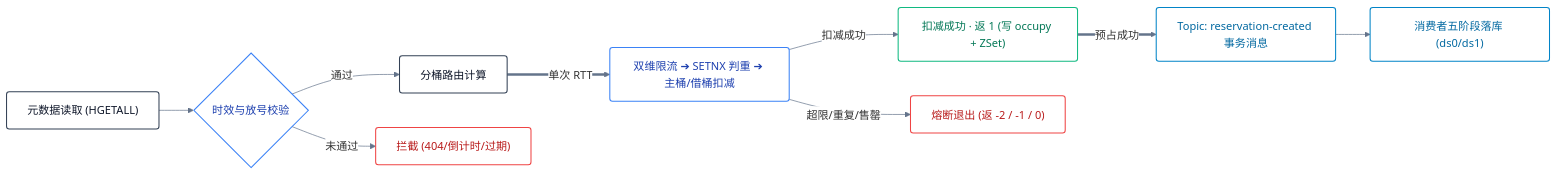
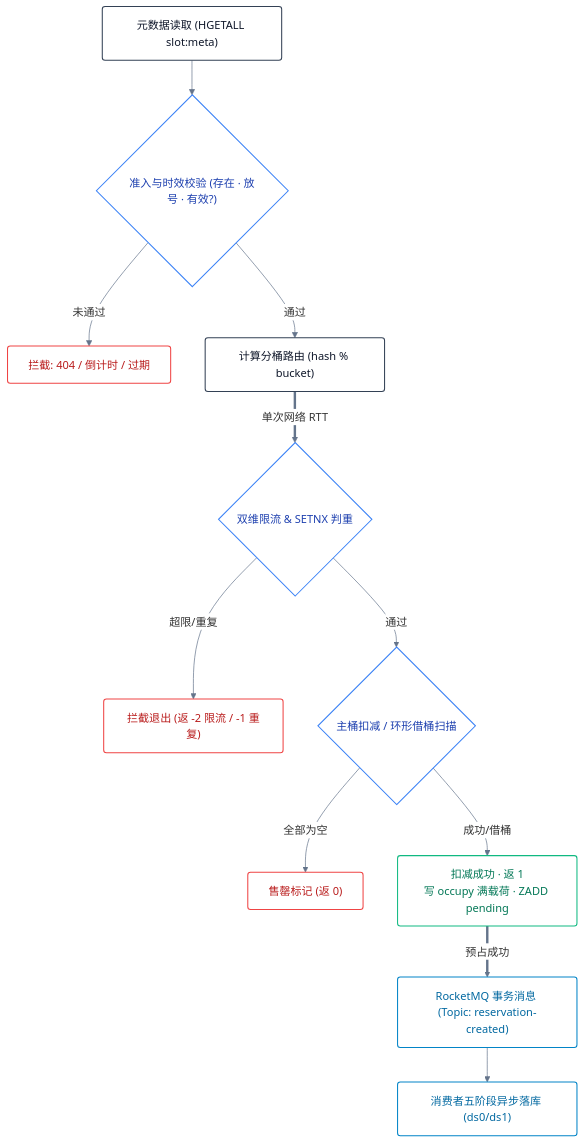
The second of 2 diagrams in README.md (s1oopX/ReserveX), drawn with Mermaid before and after one commit. The commit also changed other lines of this file, not shown here.

````diff
--- a/README.md
+++ b/README.md
@@ -199,26 +212,42 @@
 ```mermaid
 %%{init: {'theme': 'base', 'themeVariables': { 'edgeLabelBackground': '#ffffff', 'mainBkg': '#ffffff', 'lineColor': '#64748b' }}}%%
-flowchart LR
+flowchart TB
     classDef default fill:#ffffff,stroke:#334155,stroke-width:1.5px,color:#0f172a,rx:4px,ry:4px;
     classDef decision fill:#ffffff,stroke:#3b82f6,stroke-width:1.5px,color:#1e40af,rx:4px,ry:4px;
     classDef reject fill:#ffffff,stroke:#ef4444,stroke-width:1.5px,color:#b91c1c,rx:4px,ry:4px;
     classDef success fill:#ffffff,stroke:#10b981,stroke-width:1.5px,color:#047857,rx:4px,ry:4px;
     classDef asyncStage fill:#ffffff,stroke:#0284c7,stroke-width:1.5px,color:#0369a1,rx:4px,ry:4px;
 
-    %% 阶段一：前置准入
-    S1["元数据读取 (HGETALL)"]:::default --> C1{"时效与放号校验"}:::decision
-    C1 -->|通过| R1["分桶路由计算"]:::default
-    C1 -->|未通过| E1["拦截 (404/倒计时/过期)"]:::reject
+    %% 阶段一：前置只读准入 (顶部)
+    S["元数据读取 (HGETALL slot:meta)"]:::default
+    Q1{"准入与时效校验 (存在 · 放号 · 有效?)"}:::decision
+    E1["拦截: 404 / 倒计时 / 过期"]:::reject
+    R["计算分桶路由 (hash % bucket)"]:::default
 
-    %% 阶段二：Lua 原子判扣
-    L2["双维限流 ➔ SETNX 判重 ➔ 主桶/借桶扣减"]:::decision
-    L2 -->|扣减成功| OK2["扣减成功 · 返 1 (写 occupy + ZSet)"]:::success
-    L2 -->|超限/重复/售罄| X2["熔断退出 (返 -2 / -1 / 0)"]:::reject
+    %% 阶段二：Lua 原子判扣内核 (中部)
+    G1{"双维限流 & SETNX 判重"}:::decision
+    X1["拦截退出 (返 -2 限流 / -1 重复)"]:::reject
+    G2{"主桶扣减 / 环形借桶扫描"}:::decision
+    X2["售罄标记 (返 0)"]:::reject
+    OK["扣减成功 · 返 1<br/>写 occupy 满载荷 · ZADD pending"]:::success
 
-    %% 阶段三：异步落库
-    M3["Topic: reservation-created 事务消息"]:::asyncStage --> C3["消费者五阶段落库 (ds0/ds1)"]:::asyncStage
+    %% 阶段三：异步持久化闭环 (底部)
+    MQ["RocketMQ 事务消息 (Topic: reservation-created)"]:::asyncStage
+    CON["消费者五阶段异步落库 (ds0/ds1)"]:::asyncStage
 
-    %% 阶段主干贯通
-    R1 ==>|"单次 RTT"| L2
-    OK2 ==>|"预占成功"| M3
+    %% 阶段一流转
+    S --> Q1
+    Q1 -->|未通过| E1
+    Q1 -->|通过| R
+
+    %% 进入阶段二 (单次 RTT)
+    R ==>|"单次网络 RTT"| G1
+    G1 -->|超限/重复| X1
+    G1 -->|通过| G2
+    G2 -->|全部为空| X2
+    G2 -->|成功/借桶| OK
+
+    %% 进入阶段三 (落库闭环)
+    OK ==>|"预占成功"| MQ
+    MQ --> CON
 ```
````
